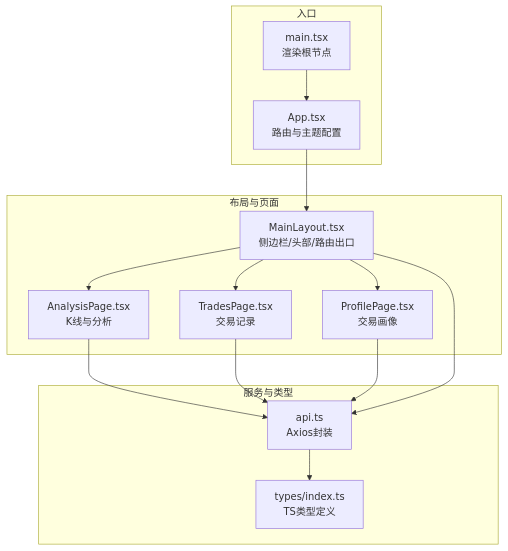
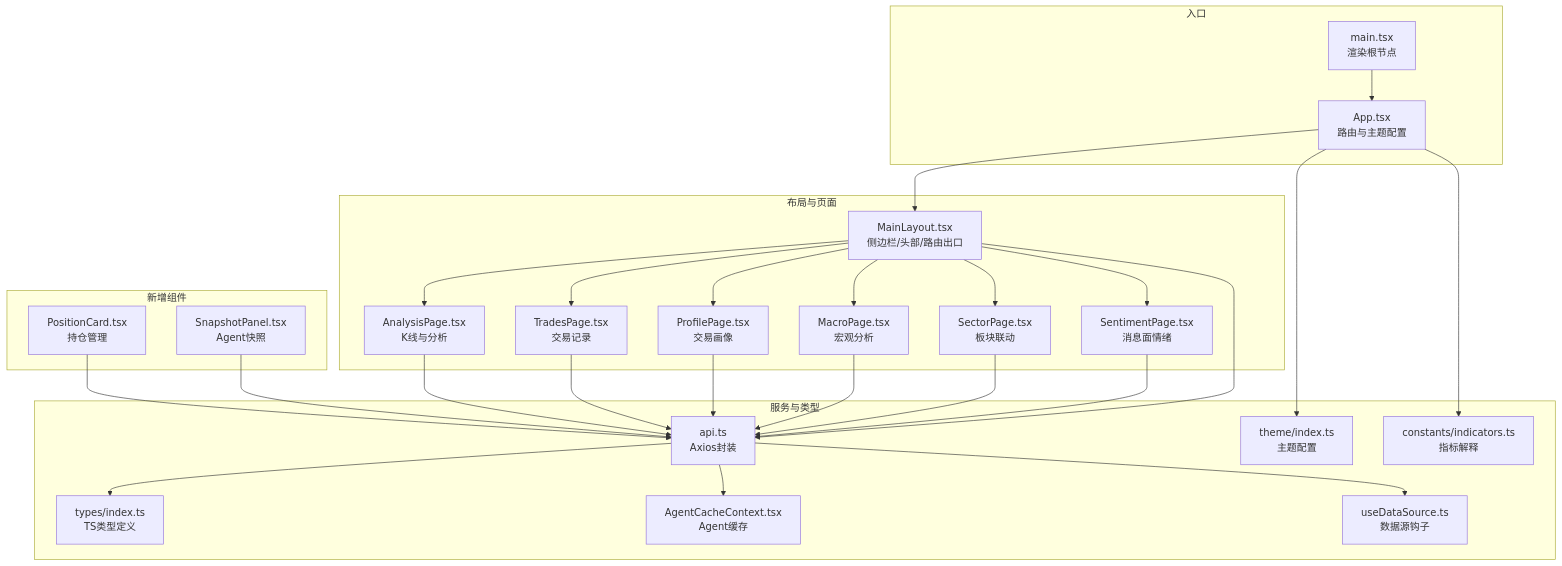
One commit to Moruime/stock_foker changed the first of 12 diagrams in .qoder/repowiki/zh/content/前端组件/前端组件.md. Above: the diagram before and after it, drawn with Mermaid. The commit also changed other lines of this file and 52 other files, not shown here.

````diff
--- a/.qoder/repowiki/zh/content/前端组件/前端组件.md
+++ b/.qoder/repowiki/zh/content/前端组件/前端组件.md
@@ -65,27 +56,50 @@
 ```mermaid
 graph TB
 subgraph "入口"
 MAIN["main.tsx<br/>渲染根节点"]
 APP["App.tsx<br/>路由与主题配置"]
 end
 subgraph "布局与页面"
 LAYOUT["MainLayout.tsx<br/>侧边栏/头部/路由出口"]
 PAGE_A["AnalysisPage.tsx<br/>K线与分析"]
 PAGE_T["TradesPage.tsx<br/>交易记录"]
 PAGE_P["ProfilePage.tsx<br/>交易画像"]
+PAGE_M["MacroPage.tsx<br/>宏观分析"]
+PAGE_S["SectorPage.tsx<br/>板块联动"]
+PAGE_ST["SentimentPage.tsx<br/>消息面情绪"]
+end
+subgraph "新增组件"
+POS_CARD["PositionCard.tsx<br/>持仓管理"]
+SNAP_PANEL["SnapshotPanel.tsx<br/>Agent快照"]
 end
 subgraph "服务与类型"
 API["api.ts<br/>Axios封装"]
 TYPES["types/index.ts<br/>TS类型定义"]
+CACHE_CTX["AgentCacheContext.tsx<br/>Agent缓存"]
+DS_HOOK["useDataSource.ts<br/>数据源钩子"]
+THEME["theme/index.ts<br/>主题配置"]
+INDICATORS["constants/indicators.ts<br/>指标解释"]
 end
 MAIN --> APP
 APP --> LAYOUT
 LAYOUT --> PAGE_A
 LAYOUT --> PAGE_T
 LAYOUT --> PAGE_P
+LAYOUT --> PAGE_M
+LAYOUT --> PAGE_S
+LAYOUT --> PAGE_ST
 PAGE_A --> API
 PAGE_T --> API
 PAGE_P --> API
+PAGE_M --> API
+PAGE_S --> API
+PAGE_ST --> API
+POS_CARD --> API
+SNAP_PANEL --> API
 LAYOUT --> API
 API --> TYPES
+API --> CACHE_CTX
+API --> DS_HOOK
+APP --> THEME
+APP --> INDICATORS
 ```
````
